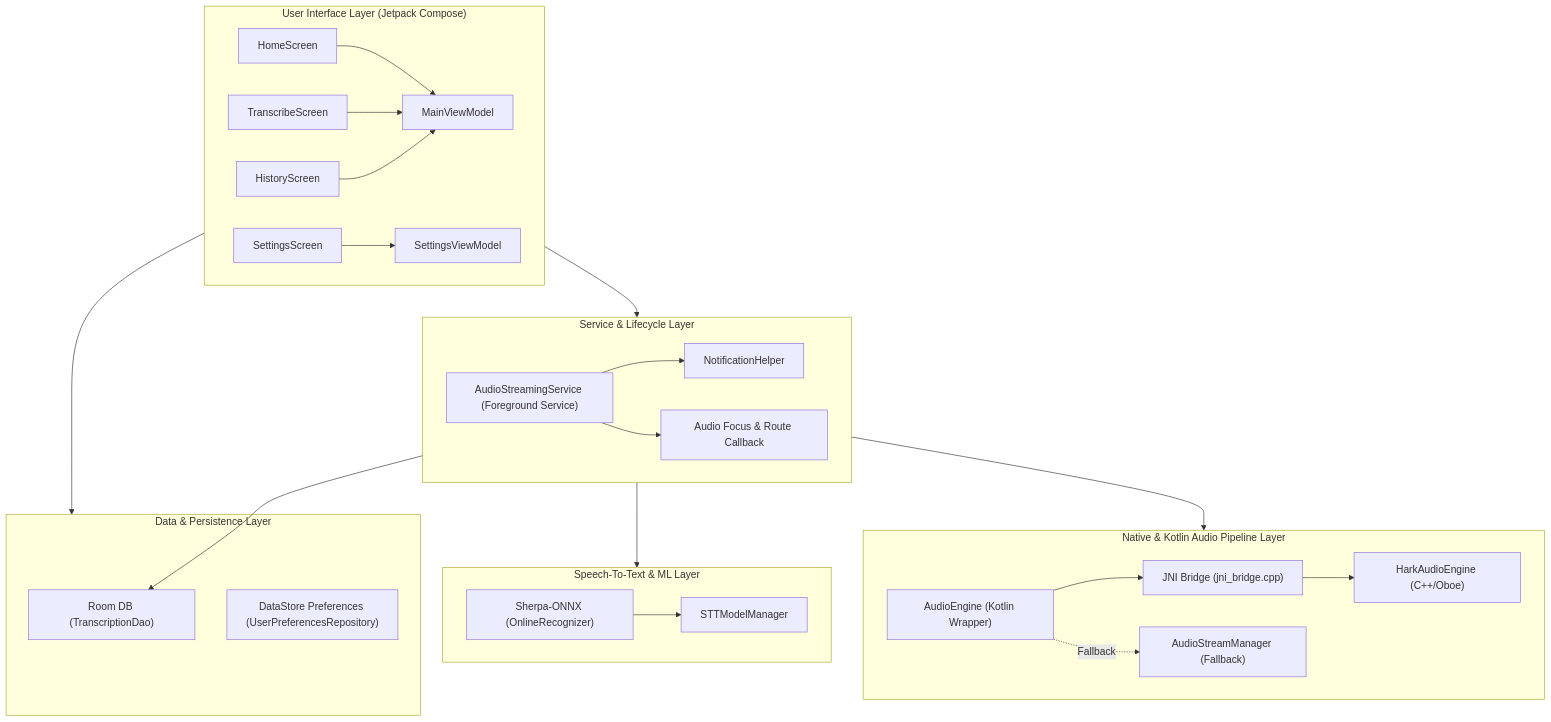
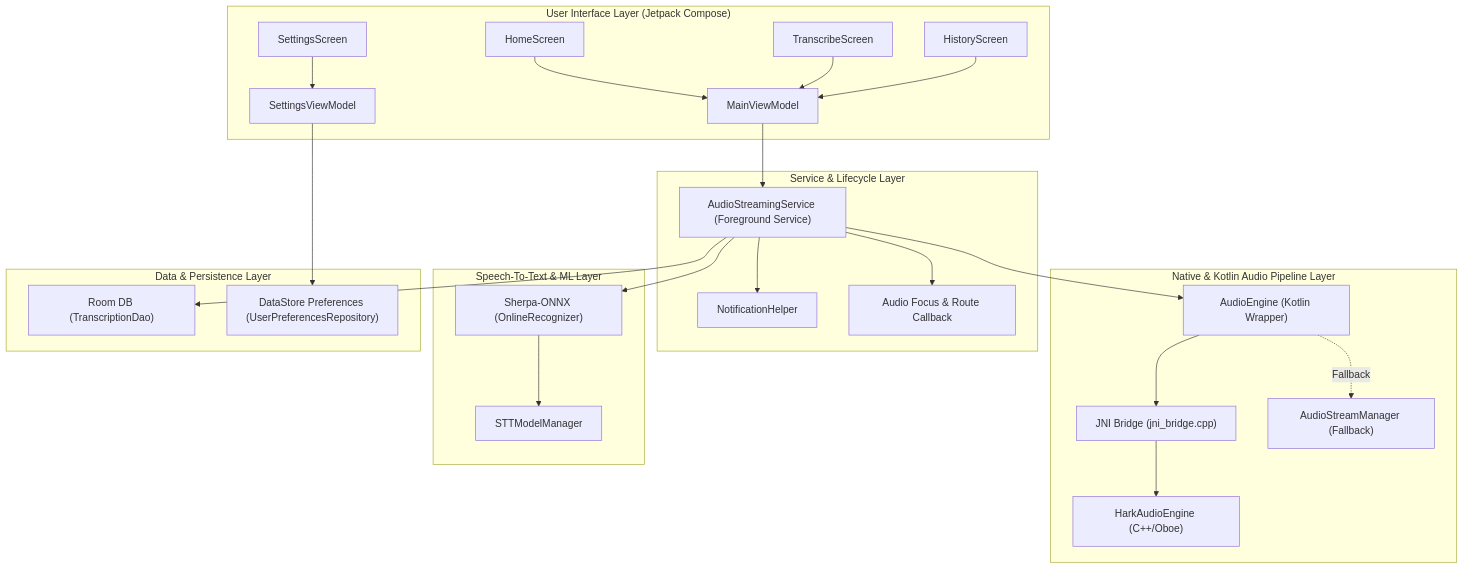
The diagram in docs/ARCHITECTURE.md (thivyan-studios/hark-app), drawn with Mermaid before and after one commit. The commit also changed 1 other file, not shown here.

Commit message:
Fixed Mermaid Diagrams in README and ARCHITECTURE

````diff
--- a/docs/ARCHITECTURE.md
+++ b/docs/ARCHITECTURE.md
@@ -11,54 +11,54 @@
 ```mermaid
 flowchart TD
     subgraph UI ["User Interface Layer (Jetpack Compose)"]
         UI_Home["HomeScreen"]
         UI_Transcribe["TranscribeScreen"]
         UI_History["HistoryScreen"]
         UI_Settings["SettingsScreen"]
         VM_Main["MainViewModel"]
         VM_Settings["SettingsViewModel"]
 
         UI_Home --> VM_Main
         UI_Transcribe --> VM_Main
         UI_History --> VM_Main
         UI_Settings --> VM_Settings
     end
 
     subgraph Service ["Service & Lifecycle Layer"]
         SVC["AudioStreamingService (Foreground Service)"]
         NOTIF["NotificationHelper"]
         FOCUS["Audio Focus & Route Callback"]
 
         SVC --> NOTIF
         SVC --> FOCUS
     end
 
     subgraph Audio ["Native & Kotlin Audio Pipeline Layer"]
         AE["AudioEngine (Kotlin Wrapper)"]
         JNI["JNI Bridge (jni_bridge.cpp)"]
         HAE["HarkAudioEngine (C++/Oboe)"]
         FALLBACK["AudioStreamManager (Fallback)"]
 
         AE --> JNI
         JNI --> HAE
         AE -.->|Fallback| FALLBACK
     end
 
     subgraph STT ["Speech-To-Text & ML Layer"]
         SHERPA["Sherpa-ONNX (OnlineRecognizer)"]
         STT_MGR["STTModelManager"]
 
         SHERPA --> STT_MGR
     end
 
     subgraph Data ["Data & Persistence Layer"]
         ROOM["Room DB (TranscriptionDao)"]
         DS["DataStore Preferences (UserPreferencesRepository)"]
     end
 
-    UI --> Service
-    UI --> Data
-    Service --> Audio
-    Service --> STT
-    Service --> ROOM
+    VM_Main --> SVC
+    VM_Settings --> DS
+    SVC --> AE
+    SVC --> SHERPA
+    SVC --> ROOM
 ```
````
